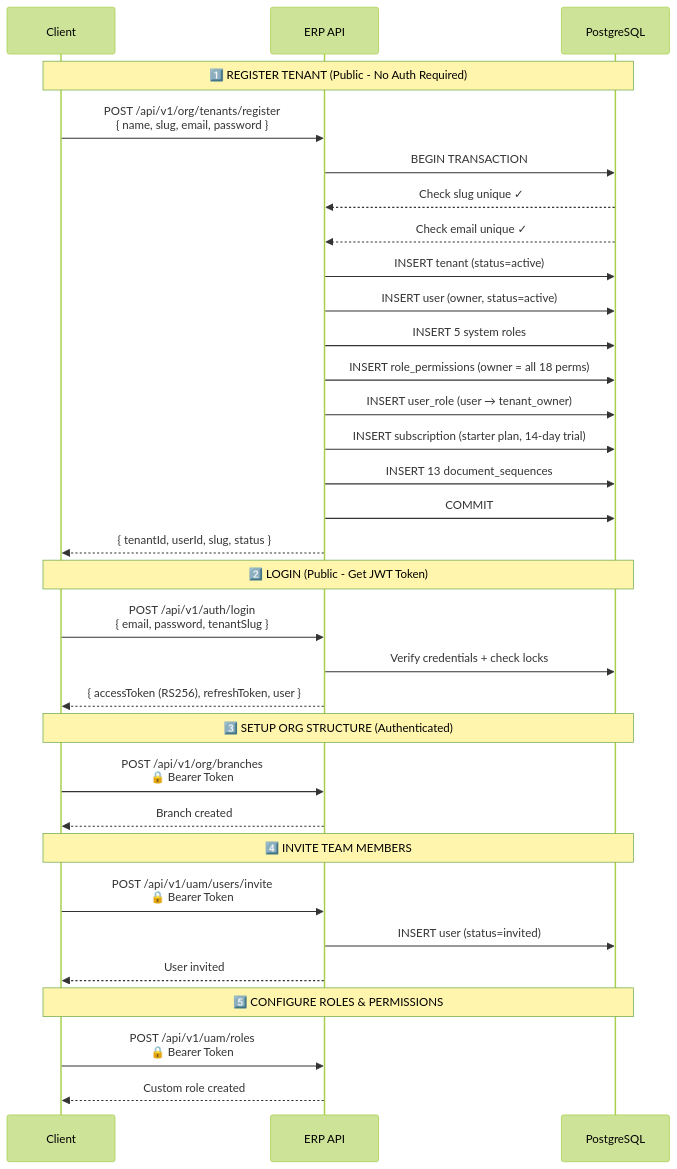
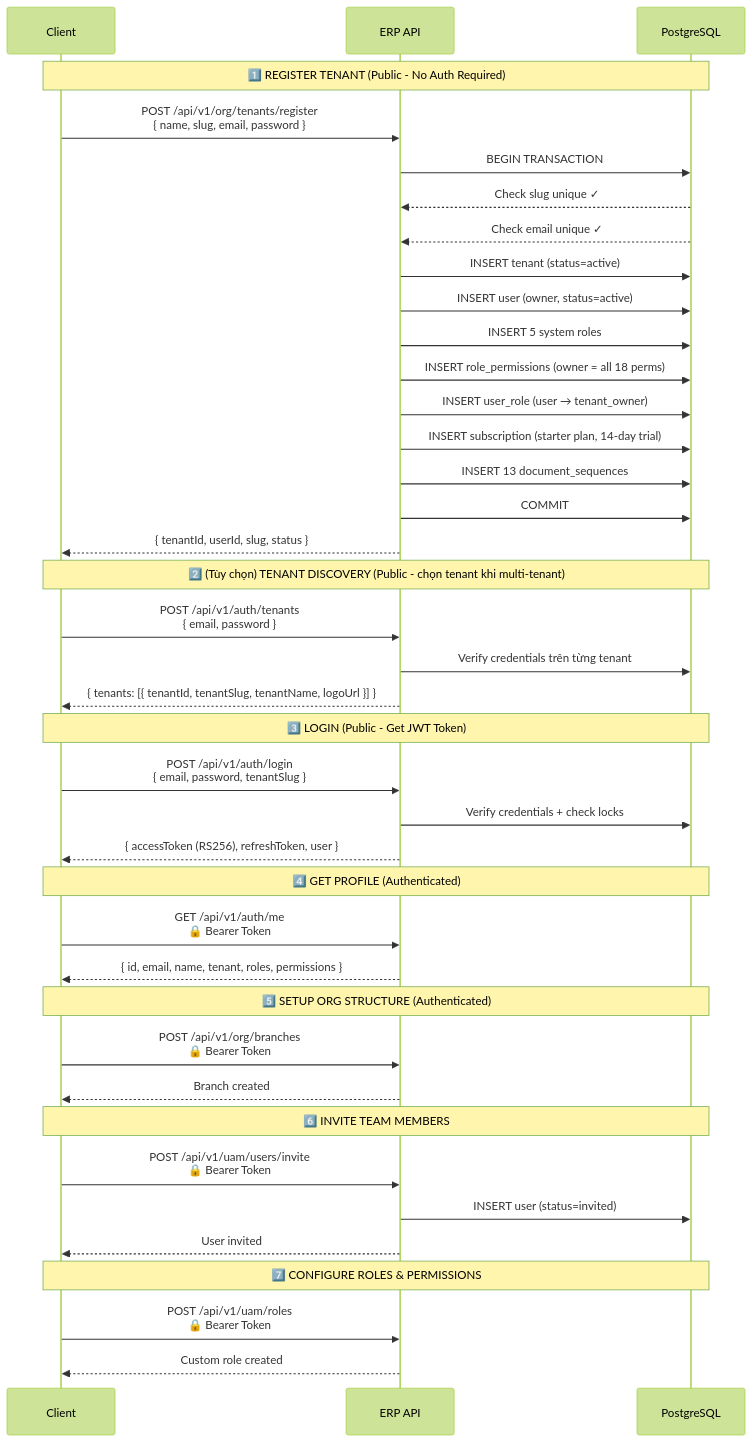
One commit to Tivo-Erp/backend changed the first of 2 diagrams in README.md. Above: the diagram before and after it, drawn with Mermaid (forest theme). The commit also changed other lines of this file and 10 other files, not shown here.

````diff
--- a/README.md
+++ b/README.md
@@ -100,39 +100,48 @@
 ```mermaid
 sequenceDiagram
     participant Client
     participant API as ERP API
     participant DB as PostgreSQL
 
     Note over Client,DB: 1️⃣ REGISTER TENANT (Public - No Auth Required)
     Client->>API: POST /api/v1/org/tenants/register<br/>{ name, slug, email, password }
     API->>DB: BEGIN TRANSACTION
     DB-->>API: Check slug unique ✓
     DB-->>API: Check email unique ✓
     API->>DB: INSERT tenant (status=active)
     API->>DB: INSERT user (owner, status=active)
     API->>DB: INSERT 5 system roles
     API->>DB: INSERT role_permissions (owner = all 18 perms)
     API->>DB: INSERT user_role (user → tenant_owner)
     API->>DB: INSERT subscription (starter plan, 14-day trial)
     API->>DB: INSERT 13 document_sequences
     API->>DB: COMMIT
     API-->>Client: { tenantId, userId, slug, status }
 
-    Note over Client,DB: 2️⃣ LOGIN (Public - Get JWT Token)
+    Note over Client,DB: 2️⃣ (Tùy chọn) TENANT DISCOVERY (Public - chọn tenant khi multi-tenant)
+    Client->>API: POST /api/v1/auth/tenants<br/>{ email, password }
+    API->>DB: Verify credentials trên từng tenant
+    API-->>Client: { tenants: [{ tenantId, tenantSlug, tenantName, logoUrl }] }
+
+    Note over Client,DB: 3️⃣ LOGIN (Public - Get JWT Token)
     Client->>API: POST /api/v1/auth/login<br/>{ email, password, tenantSlug }
     API->>DB: Verify credentials + check locks
     API-->>Client: { accessToken (RS256), refreshToken, user }
 
-    Note over Client,DB: 3️⃣ SETUP ORG STRUCTURE (Authenticated)
+    Note over Client,DB: 4️⃣ GET PROFILE (Authenticated)
+    Client->>API: GET /api/v1/auth/me<br/>🔒 Bearer Token
+    API-->>Client: { id, email, name, tenant, roles, permissions }
+
+    Note over Client,DB: 5️⃣ SETUP ORG STRUCTURE (Authenticated)
     Client->>API: POST /api/v1/org/branches<br/>🔒 Bearer Token
     API-->>Client: Branch created
 
-    Note over Client,DB: 4️⃣ INVITE TEAM MEMBERS
+    Note over Client,DB: 6️⃣ INVITE TEAM MEMBERS
     Client->>API: POST /api/v1/uam/users/invite<br/>🔒 Bearer Token
     API->>DB: INSERT user (status=invited)
     API-->>Client: User invited
 
-    Note over Client,DB: 5️⃣ CONFIGURE ROLES & PERMISSIONS
+    Note over Client,DB: 7️⃣ CONFIGURE ROLES & PERMISSIONS
     Client->>API: POST /api/v1/uam/roles<br/>🔒 Bearer Token
     API-->>Client: Custom role created
 ```
````
